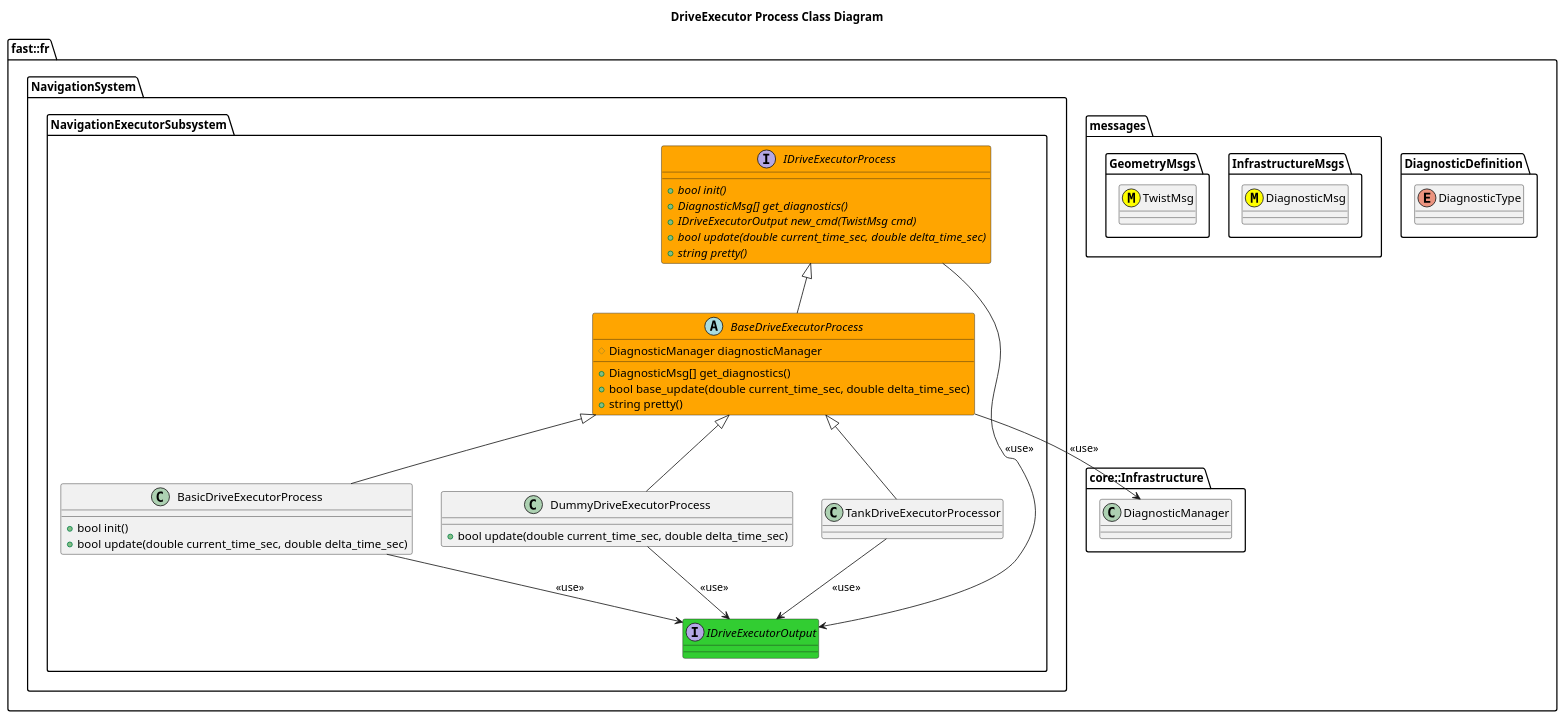
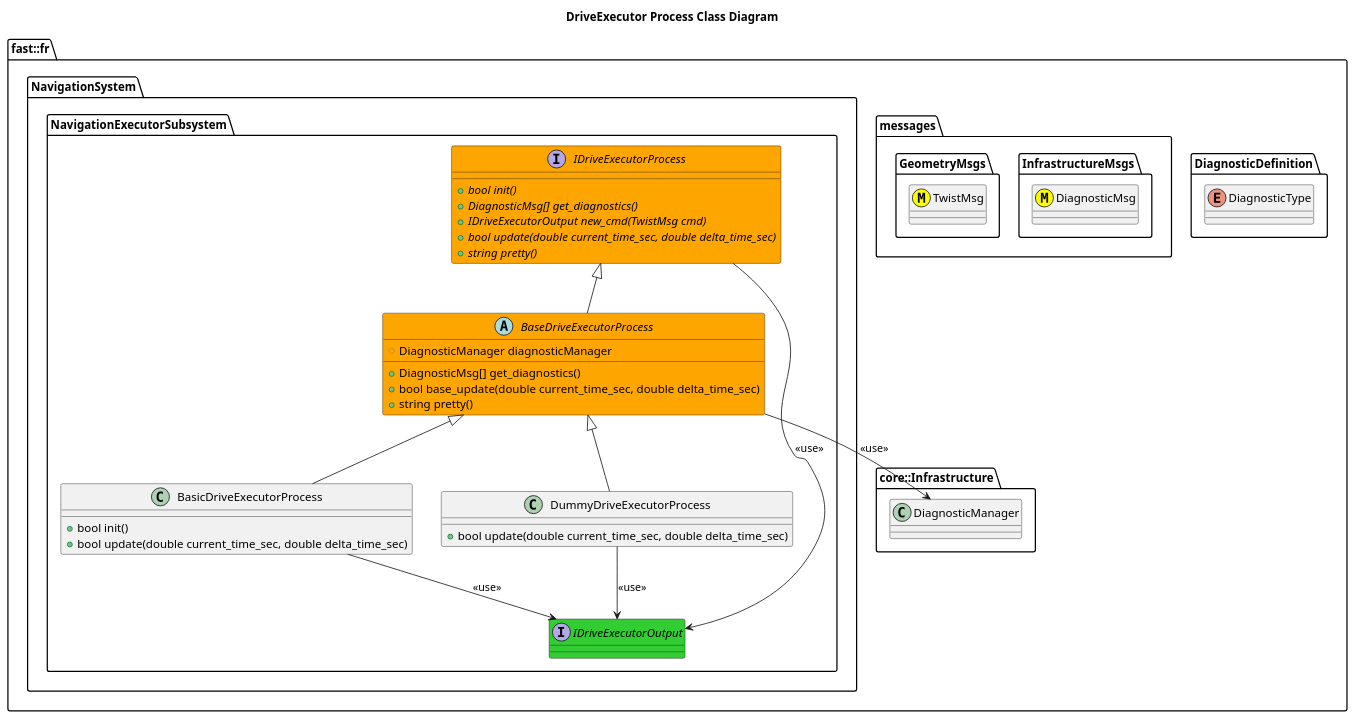
The diagram in Systems/Navigation/Subsystems/NavigationExecutor/Processes/DriveExecutor/doc/puml/DriveExecutorProcessClassDiagram.puml (fastrobotics/robot_framework), drawn with PlantUML before and after one commit. The commit also changed 1 other file, not shown here.

```diff
--- a/Systems/Navigation/Subsystems/NavigationExecutor/Processes/DriveExecutor/doc/puml/DriveExecutorProcessClassDiagram.puml
+++ b/Systems/Navigation/Subsystems/NavigationExecutor/Processes/DriveExecutor/doc/puml/DriveExecutorProcessClassDiagram.puml
@@ -1,59 +1,56 @@
 @startuml
 title DriveExecutor Process Class Diagram
 
 namespace fast::fr {
   namespace DiagnosticDefinition {
     enum DiagnosticType
   }
   namespace messages {
     namespace InfrastructureMsgs {
       class DiagnosticMsg <<(M,#FFFF00)>>
     }
     namespace GeometryMsgs {
       class TwistMsg <<(M,#FFFF00)>>
     }
   }
   namespace core::Infrastructure {
     class DiagnosticManager
   }
   namespace NavigationSystem {
     namespace NavigationExecutorSubsystem {
         interface IDriveExecutorOutput #LimeGreen {
 
         }
         interface IDriveExecutorProcess #Orange {
           +{abstract} bool init()
           +{abstract} DiagnosticMsg[] get_diagnostics()
           +{abstract} IDriveExecutorOutput new_cmd(TwistMsg cmd)
           +{abstract} bool update(double current_time_sec, double delta_time_sec)
           +{abstract} string pretty()
         }
         IDriveExecutorProcess --> IDriveExecutorOutput: <<use>>
         abstract BaseDriveExecutorProcess #Orange {
           +DiagnosticMsg[] get_diagnostics()
           +bool base_update(double current_time_sec, double delta_time_sec)
           +string pretty()
           #DiagnosticManager diagnosticManager
           
 
         }
         BaseDriveExecutorProcess -up-|> IDriveExecutorProcess
         BaseDriveExecutorProcess --> DiagnosticManager: <<use>>
         class BasicDriveExecutorProcess {
           +bool init()
           +bool update(double current_time_sec, double delta_time_sec)
         }
         BasicDriveExecutorProcess -up-|> BaseDriveExecutorProcess
         BasicDriveExecutorProcess --> IDriveExecutorOutput: <<use>>
         class DummyDriveExecutorProcess {
           +bool update(double current_time_sec, double delta_time_sec)
         }
         DummyDriveExecutorProcess -up-|> BaseDriveExecutorProcess
         DummyDriveExecutorProcess --> IDriveExecutorOutput: <<use>>
-        class TankDriveExecutorProcessor
-        TankDriveExecutorProcessor -up-|> BaseDriveExecutorProcess
-        TankDriveExecutorProcessor --> IDriveExecutorOutput: <<use>>
     }
   }
 }
 @enduml
```
